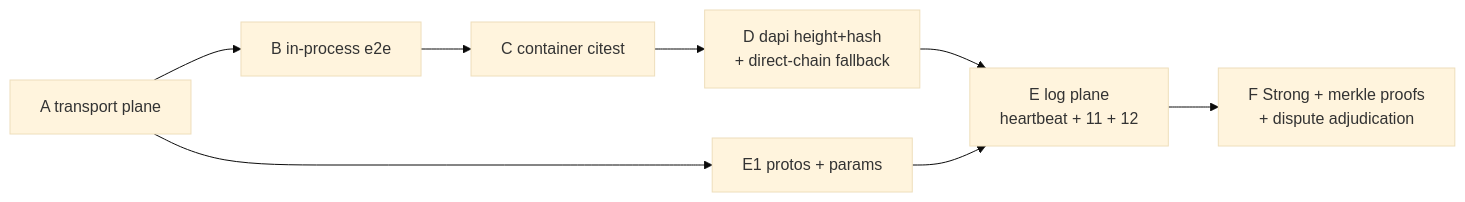
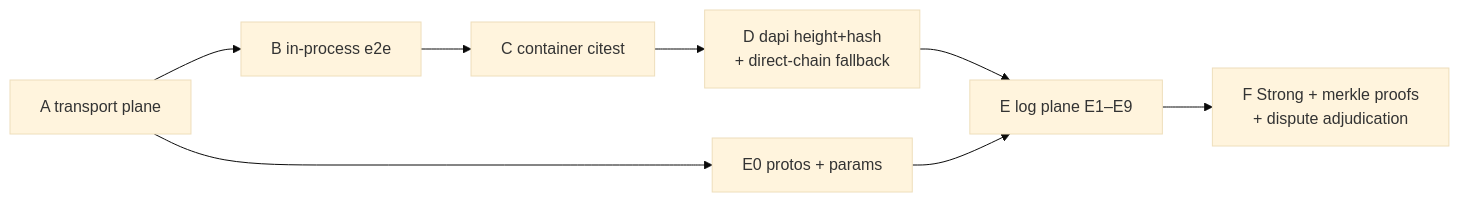
The second of 2 diagrams in devshard/docs/height-sync-implementation-plan.md (gonka-ai/gonka), drawn with Mermaid (base theme) before and after one commit. The commit also changed other lines of this file and 35 other files, not shown here.

First line of the commit message:
Land height-sync log-plane heartbeat and host acks (E0–E3).

````diff
--- a/devshard/docs/height-sync-implementation-plan.md
+++ b/devshard/docs/height-sync-implementation-plan.md
@@ -127,10 +128,10 @@
 ```mermaid
 flowchart LR
     A[A transport plane] --> B[B in-process e2e]
     B --> C[C container citest]
     C --> D[D dapi height+hash<br/>+ direct-chain fallback]
-    A --> E1[E1 protos + params]
-    D --> E[E log plane<br/>heartbeat + 11 + 12]
-    E1 --> E
+    A --> E0[E0 protos + params]
+    D --> E[E log plane E1–E9]
+    E0 --> E
     E --> F[F Strong + merkle proofs<br/>+ dispute adjudication]
 ```
````
